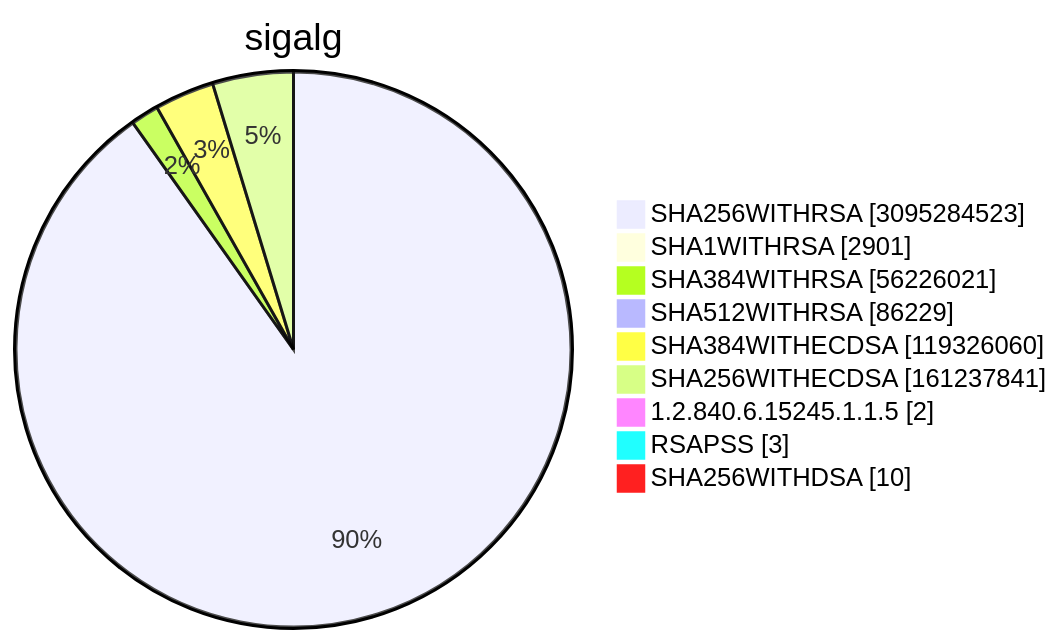
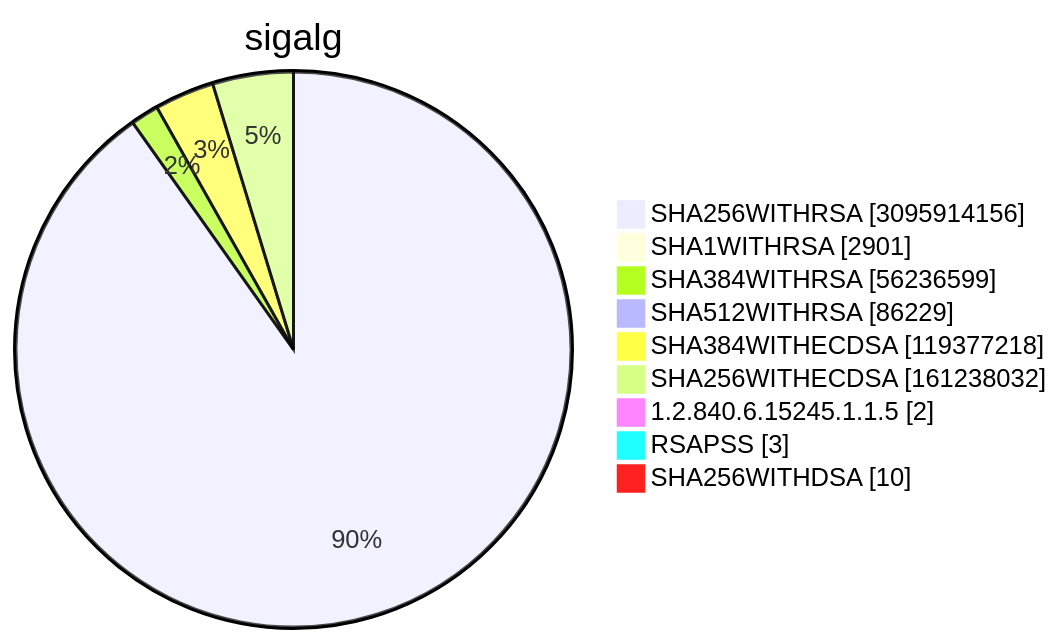
Diagram 15 of 15 in TOTAL/README.md (christiankrug/ctmonitor_visualization), drawn with Mermaid before and after one commit. The commit also changed other lines of this file, not shown here.

````diff
--- a/TOTAL/README.md
+++ b/TOTAL/README.md
@@ -6211,13 +6211,13 @@
 ```mermaid
 pie showData
 title sigalg
-"SHA256WITHRSA" :3095284523
+"SHA256WITHRSA" :3095914156
 "SHA1WITHRSA" :2901
-"SHA384WITHRSA" :56226021
+"SHA384WITHRSA" :56236599
 "SHA512WITHRSA" :86229
-"SHA384WITHECDSA" :119326060
-"SHA256WITHECDSA" :161237841
+"SHA384WITHECDSA" :119377218
+"SHA256WITHECDSA" :161238032
 "1.2.840.6.15245.1.1.5" :2
 "RSAPSS" :3
 "SHA256WITHDSA" :10
 ```
````
